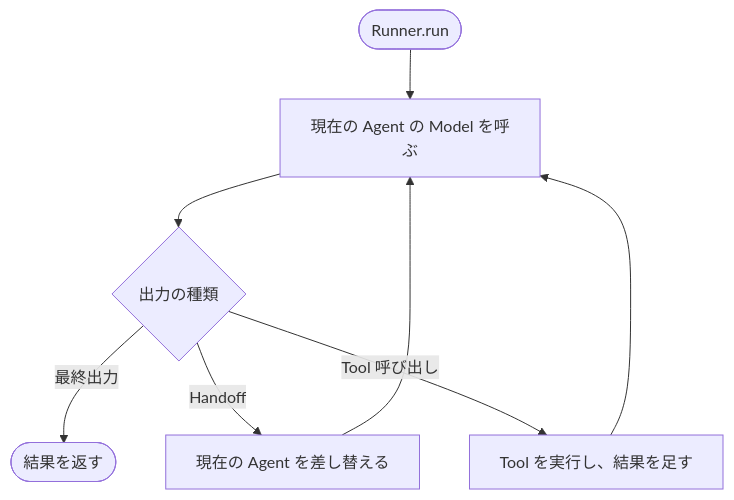
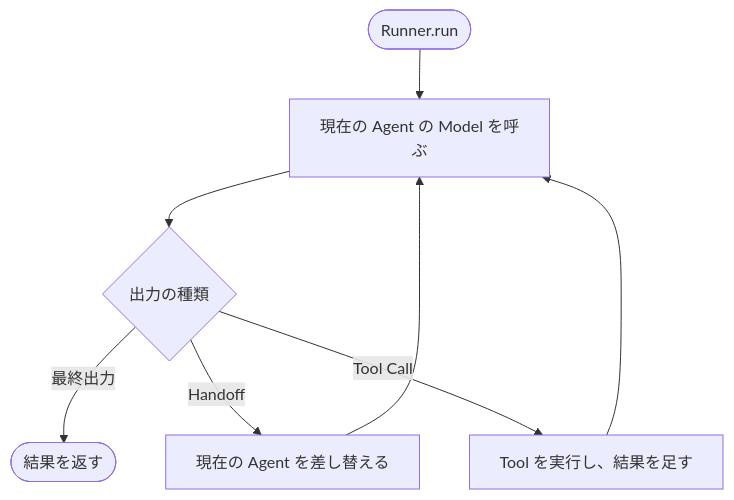
The third of 6 diagrams in app/routes/posts/agent-concepts-and-modeling/index.mdx (p1ass/blog), drawn with Mermaid before and after one commit. The commit also changed other lines of this file, not shown here.

First line of the commit message:
用語を Tool Call と Agent Loop にそろえ、Tool の説明を整理する

````diff
--- a/app/routes/posts/agent-concepts-and-modeling/index.mdx
+++ b/app/routes/posts/agent-concepts-and-modeling/index.mdx
@@ -171,10 +171,10 @@
 ```mermaid
 flowchart TD
   start([Runner.run]) --> invoke[現在の Agent の Model を呼ぶ]
   invoke --> kind{出力の種類}
   kind -->|最終出力| done([結果を返す])
   kind -->|Handoff| swap[現在の Agent を差し替える]
   swap --> invoke
-  kind -->|Tool 呼び出し| exec[Tool を実行し、結果を足す]
+  kind -->|Tool Call| exec[Tool を実行し、結果を足す]
   exec --> invoke
 ```
````
